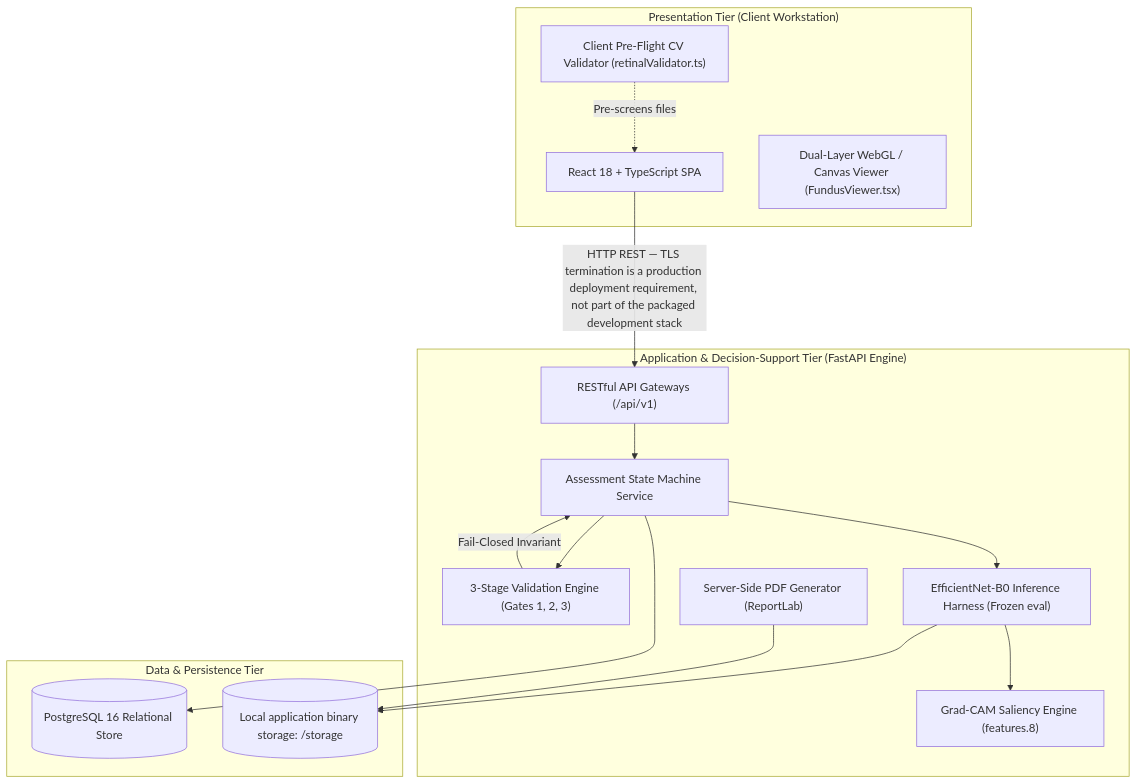
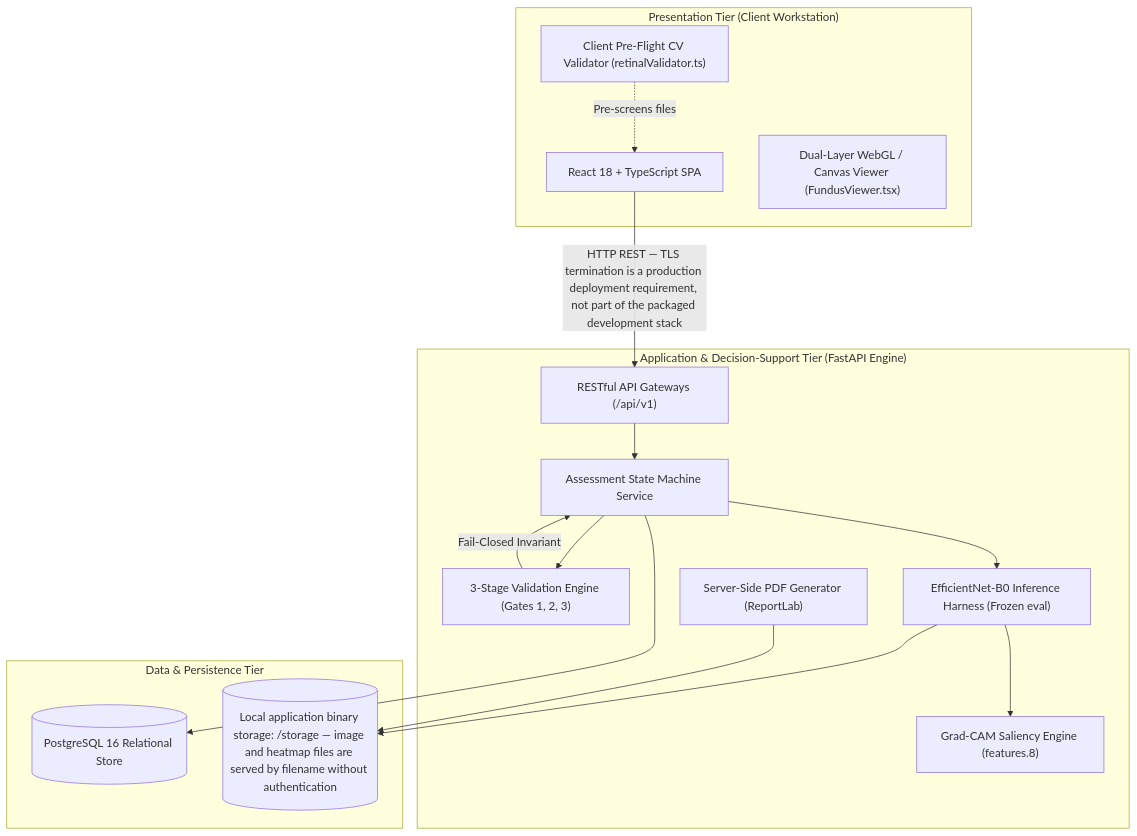
Before and after one commit to CloudTechy/diabetic-retinopathy-cdss: the first of 2 diagrams in docs/chapter4/architecture.md, drawn with Mermaid. The commit also changed 30 other files, not shown here.

````diff
--- a/docs/chapter4/architecture.md
+++ b/docs/chapter4/architecture.md
@@ -15,33 +15,33 @@
 ```mermaid
 graph TD
     subgraph Tier1["Presentation Tier (Client Workstation)"]
         UI["React 18 + TypeScript SPA"]
         PreFlight["Client Pre-Flight CV Validator (retinalValidator.ts)"]
         Viewer["Dual-Layer WebGL / Canvas Viewer (FundusViewer.tsx)"]
     end
 
     subgraph Tier2["Application & Decision-Support Tier (FastAPI Engine)"]
         Router["RESTful API Gateways (/api/v1)"]
         ValPipe["3-Stage Validation Engine (Gates 1, 2, 3)"]
         StateMachine["Assessment State Machine Service"]
         PytorchEngine["EfficientNet-B0 Inference Harness (Frozen eval)"]
         GradCAM["Grad-CAM Saliency Engine (features.8)"]
         ReportEngine["Server-Side PDF Generator (ReportLab)"]
     end
 
     subgraph Tier3["Data & Persistence Tier"]
         DB[(PostgreSQL 16 Relational Store)]
-        Vault[(Local application binary storage: /storage)]
+        Vault[(Local application binary storage: /storage — image and heatmap files are served by filename without authentication)]
     end
 
     UI -->|HTTP REST — TLS termination is a production deployment requirement, not part of the packaged development stack| Router
     PreFlight -.->|Pre-screens files| UI
     Router --> StateMachine
     StateMachine --> ValPipe
     ValPipe -->|Fail-Closed Invariant| StateMachine
     StateMachine --> PytorchEngine
     PytorchEngine --> GradCAM
     StateMachine --> DB
     PytorchEngine --> Vault
     ReportEngine --> Vault
 ```
````
